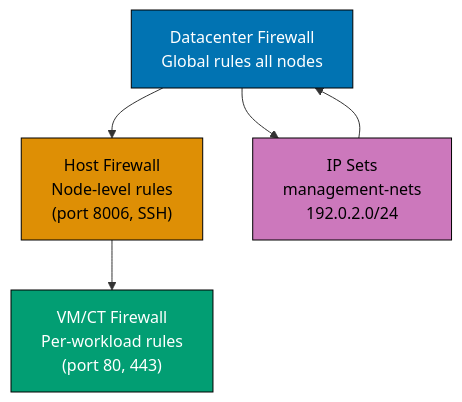
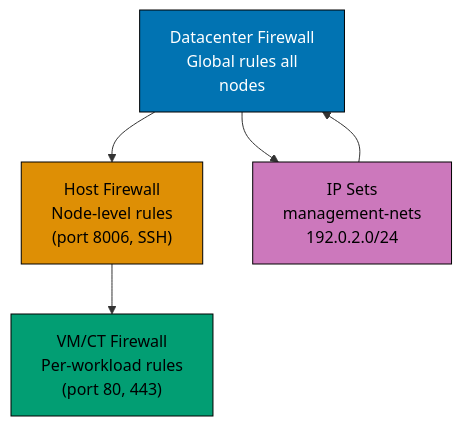
The seventh of 9 diagrams in apps/ayokoding-www/content/en/learn/legacy/software-engineering/infrastructure/tools/proxmox/by-example/beginner.md (wahidyankf/ose-public), drawn with Mermaid before and after one commit. The commit also changed other lines of this file and 131 other files, not shown here.

First line of the commit message:
fix(mermaid): bring the legacy data, infrastructure, and testing diagrams onto the accessible palette

````diff
--- a/apps/ayokoding-www/content/en/learn/legacy/software-engineering/infrastructure/tools/proxmox/by-example/beginner.md
+++ b/apps/ayokoding-www/content/en/learn/legacy/software-engineering/infrastructure/tools/proxmox/by-example/beginner.md
@@ -1058,13 +1098,20 @@
 ```mermaid
 %% Color Palette: Blue #0173B2, Orange #DE8F05, Teal #029E73, Purple #CC78BC, Brown #CA9161
 graph TD
-    A["Datacenter Firewall<br/>Global rules all nodes"] --> B["Host Firewall<br/>Node-level rules<br/>(port 8006, SSH)"]
+    accTitle: Example 23: Enable and Configure the Proxmox Firewall
+    accDescr: Graph with 4 nodes and 4 connections. Nodes: Datacenter Firewall Global rules all nodes, Host Firewall Node-level rules (port 8006, SSH), VM/CT Firewall Per-workload rules (port 80, 443), IP Sets management-nets 192.0.2.0/24. Connections: Datacenter Firewall Global rules all nodes to Host Firewall Node-level rules (port 8006, SSH), Host Firewall Node-level rules (port 8006, SSH) to VM/CT Firewall Per-workload rules (port 80, 443), Datacenter Firewall Global rules all nodes to IP Sets management-nets 192.0.2.0/24, IP Sets management-nets 192.0.2.0/24 to Datacenter Firewall Global rules all nodes.
+    A["Datacenter Firewall<br/>Global rules all<br/>nodes"] --> B["Host Firewall<br/>Node-level rules<br/>(port 8006, SSH)"]
     B --> C["VM/CT Firewall<br/>Per-workload rules<br/>(port 80, 443)"]
     A --> D["IP Sets<br/>management-nets<br/>192.0.2.0/24"]
     D --> A
 
-    style A fill:#0173B2,color:#fff,stroke:#000
-    style B fill:#DE8F05,color:#000,stroke:#000
-    style C fill:#029E73,color:#fff,stroke:#000
-    style D fill:#CC78BC,color:#000,stroke:#000
+    classDef pal-0173B2 fill:#0173B2,stroke:#000000,color:#FFFFFF
+    class A pal-0173B2
+    classDef pal-DE8F05 fill:#DE8F05,stroke:#000000,color:#000000
+    class B pal-DE8F05
+    classDef pal-029E73 fill:#029E73,stroke:#000000,color:#000000
+    class C pal-029E73
+    classDef pal-CC78BC fill:#CC78BC,stroke:#000000,color:#000000
+    class D pal-CC78BC
+    classDef default fill:#FFFFFF,stroke:#000000,color:#000000
 ```
````
